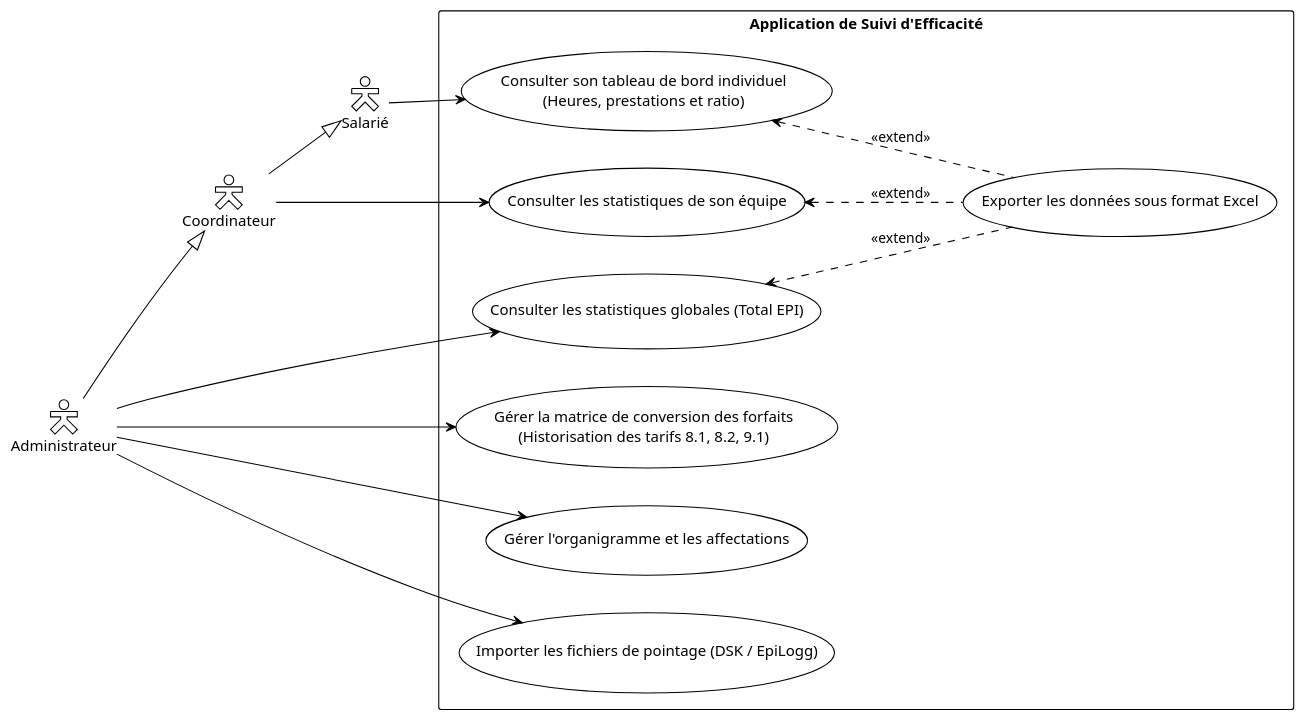
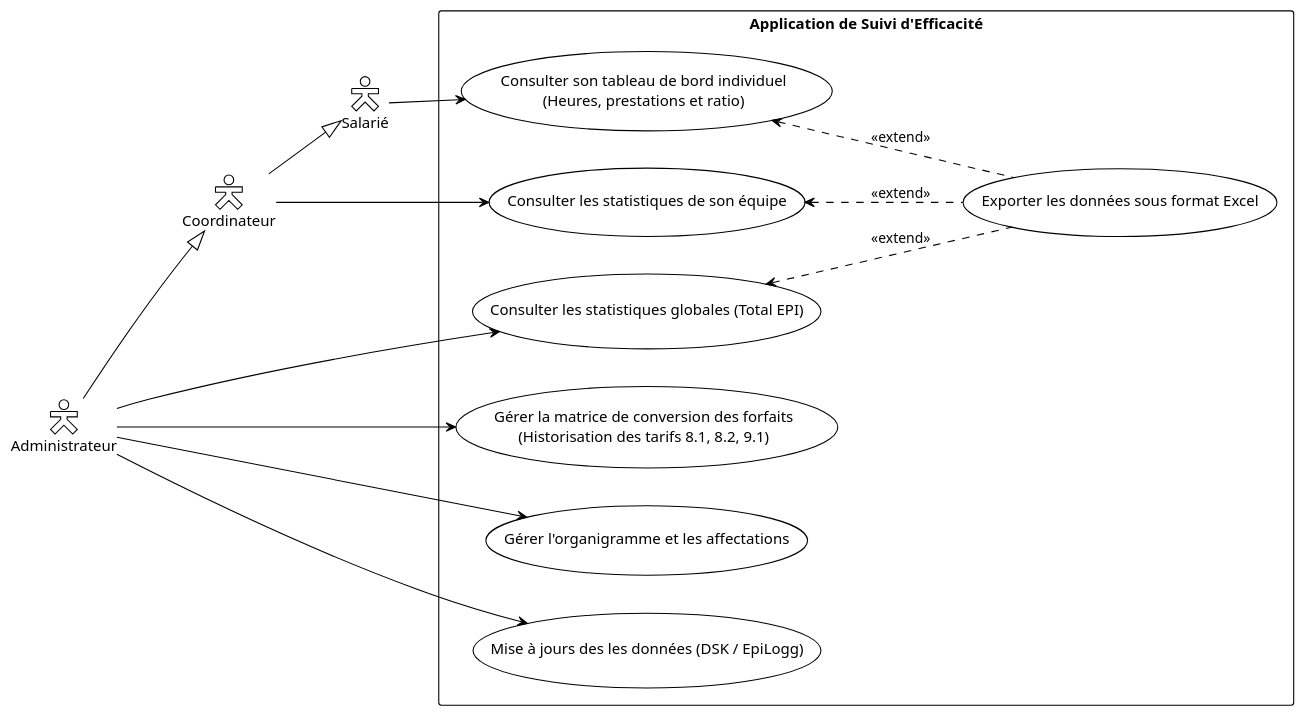
Before and after one commit to midjix/plantuml: the diagram in diagramme_de_cas_d'utilisation.md, drawn with PlantUML.

Commit message:
Update use case description for data import

````diff
--- a/diagramme_de_cas_d'utilisation.md
+++ b/diagramme_de_cas_d'utilisation.md
@@ -1,46 +1,46 @@
 ```plantuml
 @startuml
 !theme plain
 left to right direction
 skinparam packageStyle rectangle
 skinparam actorStyle hollow
 
 ' --- Acteurs ---
 actor "Salarié" as sal
 actor "Coordinateur" as coord
 actor "Administrateur" as admin
 
 ' --- Héritage des rôles ---
 coord --|> sal
 admin --|> coord
 
 ' --- Système ---
 rectangle "Application de Suivi d'Efficacité" {
     
     ' Cas d'utilisation - Consultation
     usecase "Consulter son tableau de bord individuel\n(Heures, prestations et ratio)" as UC_dashboard
     usecase "Consulter les statistiques de son équipe" as UC_team_stats
     usecase "Consulter les statistiques globales (Total EPI)" as UC_global_stats
     
     ' Cas d'utilisation - Actions & Paramétrage
     usecase "Exporter les données sous format Excel" as UC_export
     usecase "Gérer la matrice de conversion des forfaits\n(Historisation des tarifs 8.1, 8.2, 9.1)" as UC_matrix
     usecase "Gérer l'organigramme et les affectations" as UC_organigramme
-    usecase "Importer les fichiers de pointage (DSK / EpiLogg)" as UC_import
+    usecase "Mise à jours des les données (DSK / EpiLogg)" as UC_import
     
     ' Relations d'extension pour l'export Excel
     UC_dashboard <.. UC_export : <<extend>>
     UC_team_stats <.. UC_export : <<extend>>
     UC_global_stats <.. UC_export : <<extend>>
 }
 
 ' --- Liaisons Acteurs -> Cas d'utilisation ---
 sal --> UC_dashboard
 coord --> UC_team_stats
 admin --> UC_global_stats
 admin --> UC_matrix
 admin --> UC_organigramme
 admin --> UC_import
 
 @enduml
 ```
````
